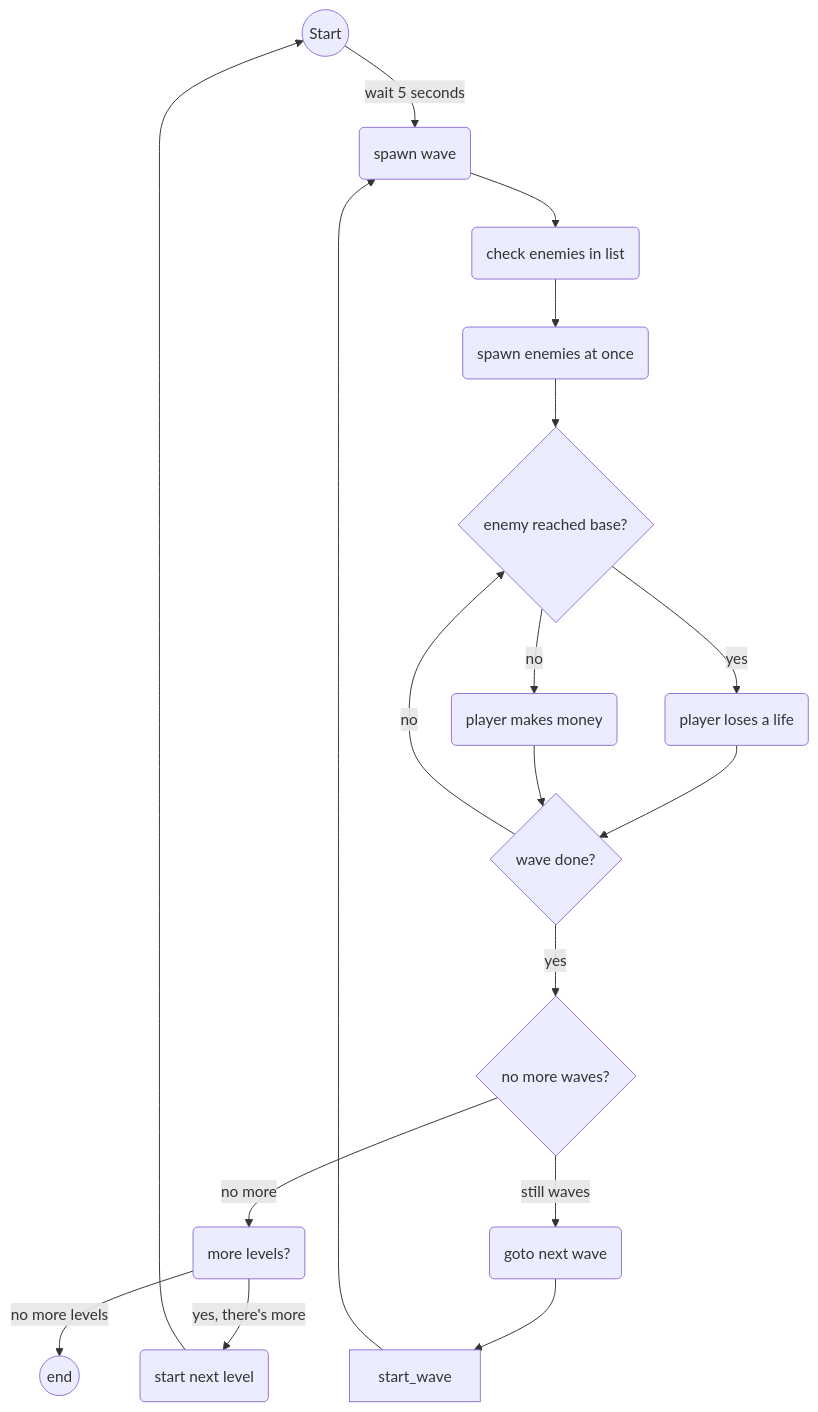
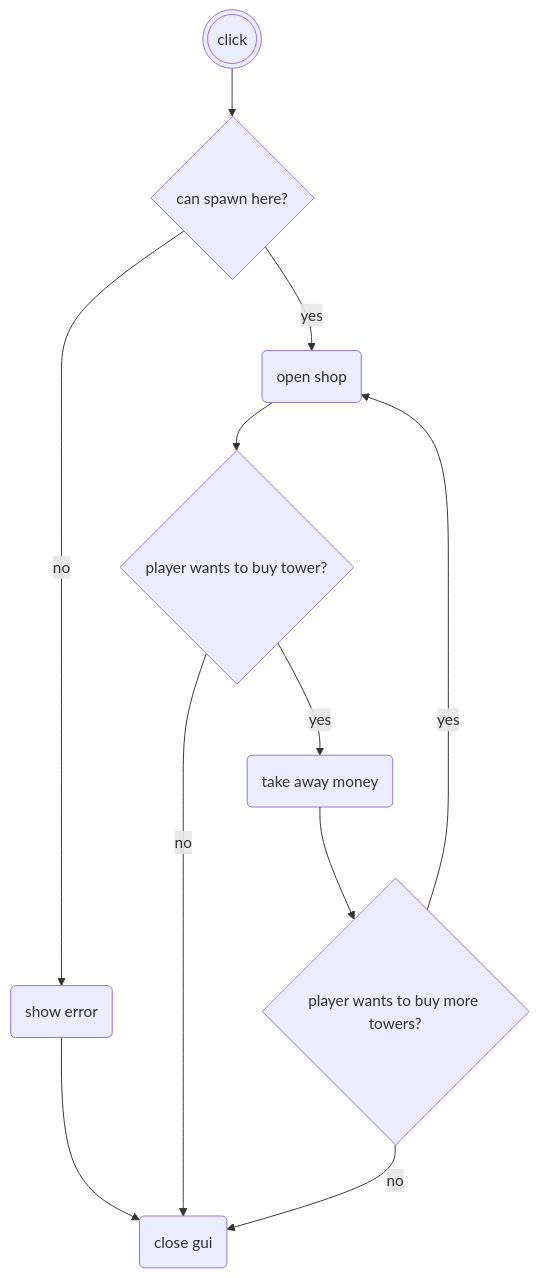
The diagram in README.md (DutchMTC/Tower-Defense), drawn with Mermaid before and after one commit. The commit also changed other lines of this file, not shown here.

````diff
--- a/README.md
+++ b/README.md
@@ -3,21 +3,14 @@
 ```mermaid
 flowchart TD
 
-start((Start)) -->|wait 5 seconds| spawn_w(spawn wave)
-spawn_w --> checken(check enemies in list)
-checken --> spawn_e(spawn enemies at once)
-spawn_e --> reached_base{enemy reached base?}
-reached_base -->|yes| lose_life(player loses a life)
-reached_base -->|no| money(player makes money)
-lose_life --> wave_done{wave done?}
-money --> wave_done
-wave_done -->|no| reached_base
-no_more_waves{no more waves?} -->|no more| more_lev(more levels?)
-wave_done -->|yes| no_more_waves
-no_more_waves -->|still waves| next_wave(goto next wave)
-next_wave --> start_wave
-start_wave --> spawn_w
-more_lev -->|yes, there's more| next_lev(start next level)
-more_lev -->|no more levels| end_d((end))
-next_lev --> start
+start(((click)))--> can_spawn{can spawn here?}
+can_spawn-->|yes| open_shop(open shop)
+open_shop--> tower_click{player wants to buy tower?}
+can_spawn-->|no| cannot_spawn_error(show error)
+cannot_spawn_error--> close_gui
+tower_click-->|no| close_gui(close gui)
+tower_click-->|yes|take_away_money(take away money)
+take_away_money--> buy_more_towers{player wants to buy more towers?}
+buy_more_towers-->|no| close_gui(close gui)
+buy_more_towers-->|yes| open_shop(open shop)
 ```
````
